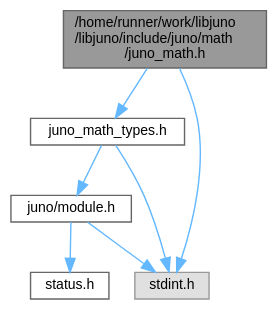
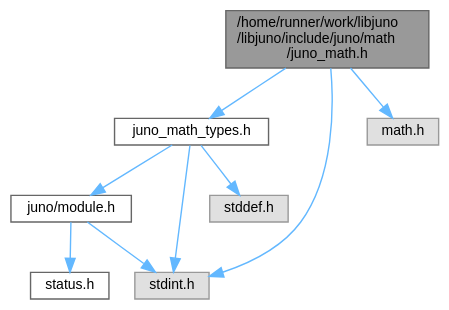
One commit to robinonsay/libjuno changed the diagram in juno__math_8h__incl.dot. Above: the diagram before and after it, drawn with Graphviz. The commit also changed 263 other files, not shown here.

```diff
--- a/juno__math_8h__incl.dot
+++ b/juno__math_8h__incl.dot
@@ -1,18 +1,22 @@
 digraph "/home/runner/work/libjuno/libjuno/include/juno/math/juno_math.h"
 {
  // LATEX_PDF_SIZE
   bgcolor="transparent";
   edge [fontname=Helvetica,fontsize=10,labelfontname=Helvetica,labelfontsize=10];
   node [fontname=Helvetica,fontsize=10,shape=box,height=0.2,width=0.4];
   Node1 [id="Node000001",label="/home/runner/work/libjuno\l/libjuno/include/juno/math\l/juno_math.h",height=0.2,width=0.4,color="gray40", fillcolor="grey60", style="filled", fontcolor="black",tooltip=" "];
   Node1 -> Node2 [id="edge1_Node000001_Node000002",color="steelblue1",style="solid",tooltip=" "];
   Node2 [id="Node000002",label="juno_math_types.h",height=0.2,width=0.4,color="grey40", fillcolor="white", style="filled",URL="$juno__math__types_8h.html",tooltip=" "];
   Node2 -> Node3 [id="edge2_Node000002_Node000003",color="steelblue1",style="solid",tooltip=" "];
   Node3 [id="Node000003",label="juno/module.h",height=0.2,width=0.4,color="grey40", fillcolor="white", style="filled",URL="$module_8h.html",tooltip=" "];
   Node3 -> Node4 [id="edge3_Node000003_Node000004",color="steelblue1",style="solid",tooltip=" "];
   Node4 [id="Node000004",label="status.h",height=0.2,width=0.4,color="grey40", fillcolor="white", style="filled",URL="$status_8h.html",tooltip=" "];
   Node3 -> Node5 [id="edge4_Node000003_Node000005",color="steelblue1",style="solid",tooltip=" "];
   Node5 [id="Node000005",label="stdint.h",height=0.2,width=0.4,color="grey60", fillcolor="#E0E0E0", style="filled",tooltip=" "];
-  Node2 -> Node5 [id="edge5_Node000002_Node000005",color="steelblue1",style="solid",tooltip=" "];
-  Node1 -> Node5 [id="edge6_Node000001_Node000005",color="steelblue1",style="solid",tooltip=" "];
+  Node2 -> Node6 [id="edge5_Node000002_Node000006",color="steelblue1",style="solid",tooltip=" "];
+  Node6 [id="Node000006",label="stddef.h",height=0.2,width=0.4,color="grey60", fillcolor="#E0E0E0", style="filled",tooltip=" "];
+  Node2 -> Node5 [id="edge6_Node000002_Node000005",color="steelblue1",style="solid",tooltip=" "];
+  Node1 -> Node5 [id="edge7_Node000001_Node000005",color="steelblue1",style="solid",tooltip=" "];
+  Node1 -> Node7 [id="edge8_Node000001_Node000007",color="steelblue1",style="solid",tooltip=" "];
+  Node7 [id="Node000007",label="math.h",height=0.2,width=0.4,color="grey60", fillcolor="#E0E0E0", style="filled",tooltip=" "];
 }
```
